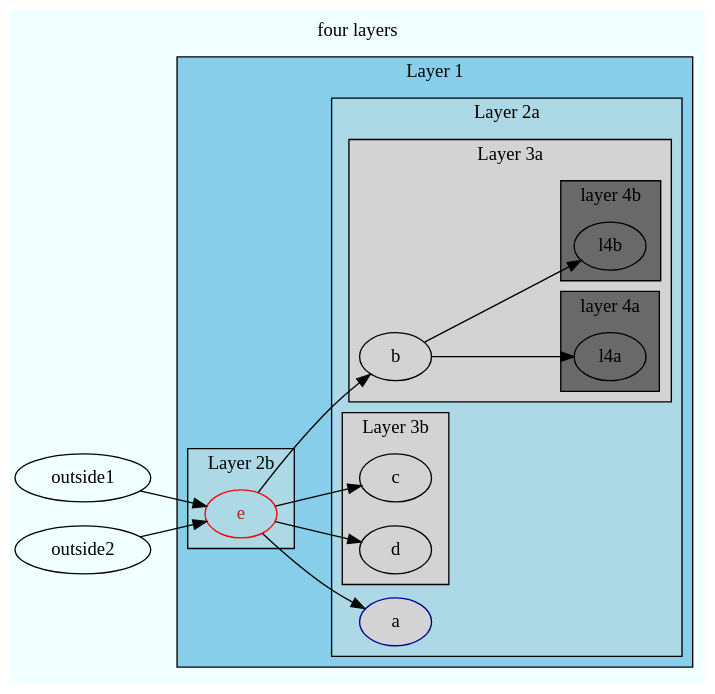
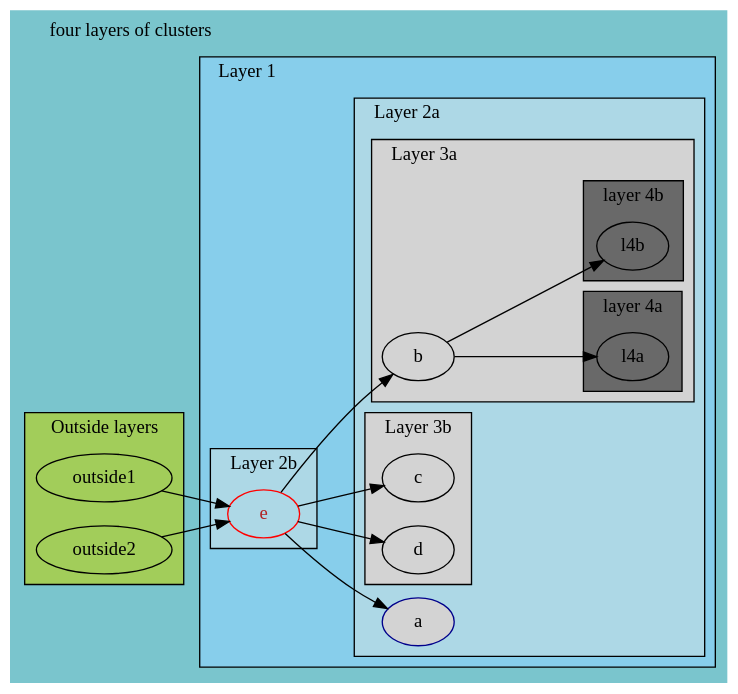
The diagram in four-layers.dot (edf/graphviz-starter), drawn with Graphviz before and after one commit.

Commit message:
update four-layers.dot
define outside cluster and update colors

```diff
--- a/four-layers.dot
+++ b/four-layers.dot
@@ -1,61 +1,69 @@
 digraph D {
-    label = "four layers"
+    label = "four layers of clusters"
+    labeljust = "l"
     labelloc = "t"
     rankdir=LR           # or TB or BT or RL
-    bgcolor = azure
+    bgcolor = cadetblue3
+
   subgraph cluster_parent {
     label = "Layer 1"
     #rank = same
     bgcolor = skyblue
 
     subgraph cluster_child2 {
       label = "Layer 2b";
       node [color=red  fontcolor=firebrick]
       bgcolor="lightblue";
       e;
     }
 
     subgraph cluster_child1 {
       label = "Layer 2a";
       bgcolor="lightblue"
       a;
 
       subgraph cluster_grandchild_1 {
         label = "Layer 3a";
          bgcolor = lightgray
          node [color=black  fontcolor=black]
          b;
 
           subgraph cluster_greatgrandchild_1 {
             
             label = "layer 4a";
             bgcolor="dimgray";
             l4a;
             }
           subgraph cluster_greatgrandchild_2 {
             label = "layer 4b";
             bgcolor="dimgray";
             l4b;
             }
 
     }
       subgraph cluster_grandchild_2 {
         label = "Layer 3b";
         bgcolor="lightgray";
           c;
           d;
       }
+    }
+  }
 
-    }
+subgraph cluster_outside {
+        label = "Outside layers";
+        bgcolor="darkolivegreen3"
+        outside1
+        outside2
+        }
 
 
-  }
 a [style=filled;
    color=darkblue
    fillcolor=lightgray;
    ]
 outside1 -> e
 outside2 -> e
 e -> {a b c d} 
 b -> {l4a l4b}
 } 
```
